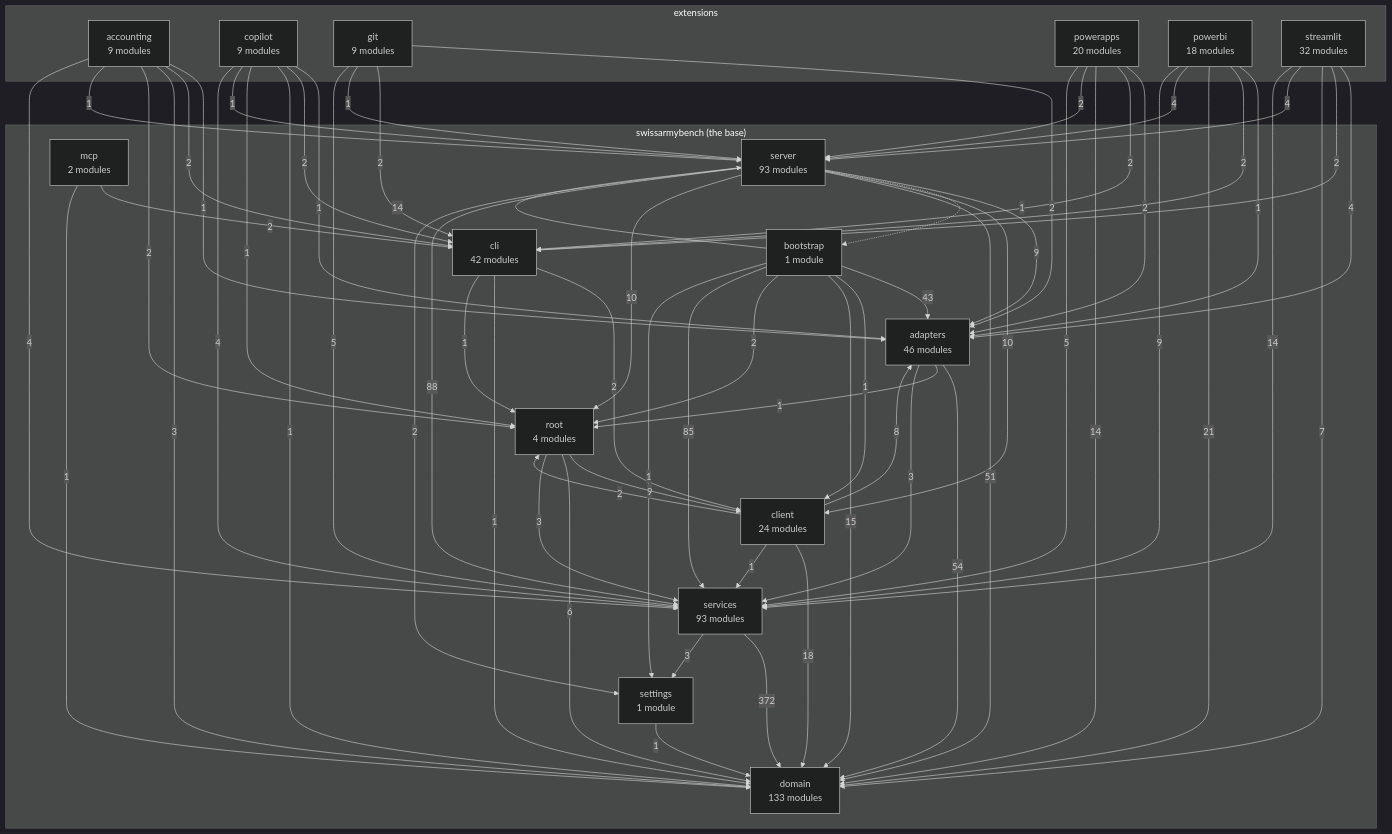
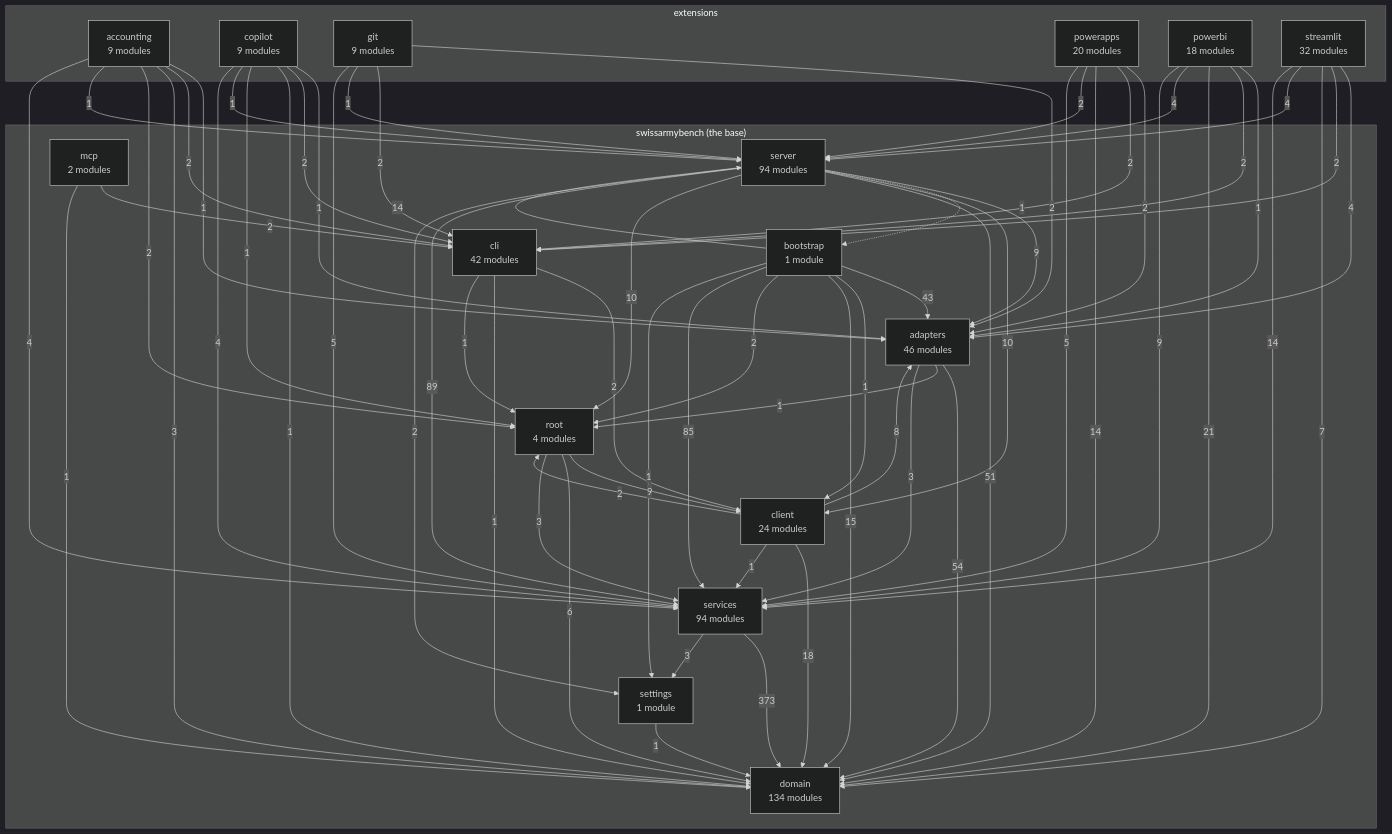
One commit to DylanCodyBrown/SwissArmyBench changed the diagram in docs/architecture-map.md. Above: the diagram before and after it, drawn with Mermaid (dark theme). The commit also changed other lines of this file and 9 other files, not shown here.

````diff
--- a/docs/architecture-map.md
+++ b/docs/architecture-map.md
@@ -17,14 +17,14 @@
 ```mermaid
 flowchart TB
     subgraph base["swissarmybench (the base)"]
-        domain["domain<br/>133 modules"]
+        domain["domain<br/>134 modules"]
         settings["settings<br/>1 module"]
-        services["services<br/>93 modules"]
+        services["services<br/>94 modules"]
         adapters["adapters<br/>46 modules"]
         cli["cli<br/>42 modules"]
         client["client<br/>24 modules"]
         root["root<br/>4 modules"]
-        server["server<br/>93 modules"]
+        server["server<br/>94 modules"]
         bootstrap["bootstrap<br/>1 module"]
         mcp["mcp<br/>2 modules"]
     end
@@ -94,9 +94,9 @@
     server -->|10| client
     server -->|51| domain
     server -->|10| root
-    server -->|88| services
+    server -->|89| services
     server -->|2| settings
-    services -->|372| domain
+    services -->|373| domain
     services -->|3| settings
     settings -->|1| domain
 ```
````
